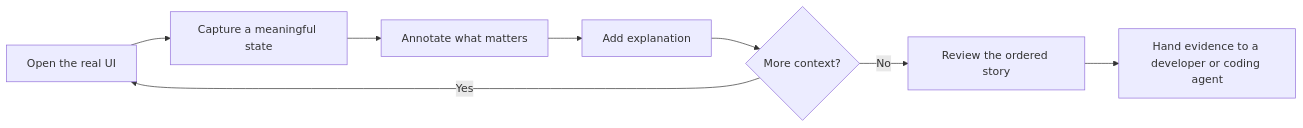
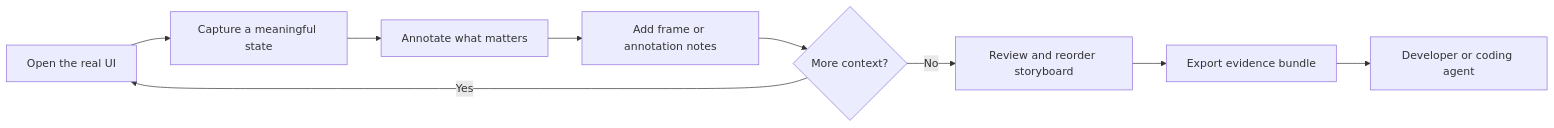
Before and after one commit to MythologIQ-Labs-LLC/CritIQ: the first of 2 diagrams in README.md, drawn with Mermaid. The commit also changed other lines of this file and 47 other files, not shown here.

````diff
--- a/README.md
+++ b/README.md
@@ -42,10 +70,11 @@
 ```mermaid
 flowchart LR
     A[Open the real UI] --> B[Capture a meaningful state]
     B --> C[Annotate what matters]
-    C --> D[Add explanation]
+    C --> D[Add frame or annotation notes]
     D --> E{More context?}
     E -->|Yes| A
-    E -->|No| F[Review the ordered story]
-    F --> G[Hand evidence to a developer or coding agent]
+    E -->|No| F[Review and reorder storyboard]
+    F --> G[Export evidence bundle]
+    G --> H[Developer or coding agent]
 ```
````
